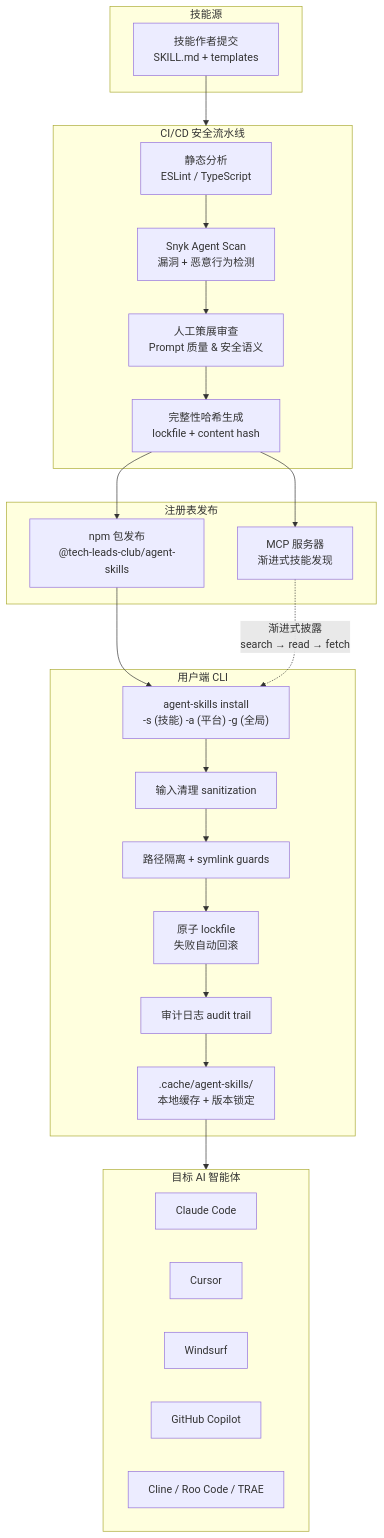
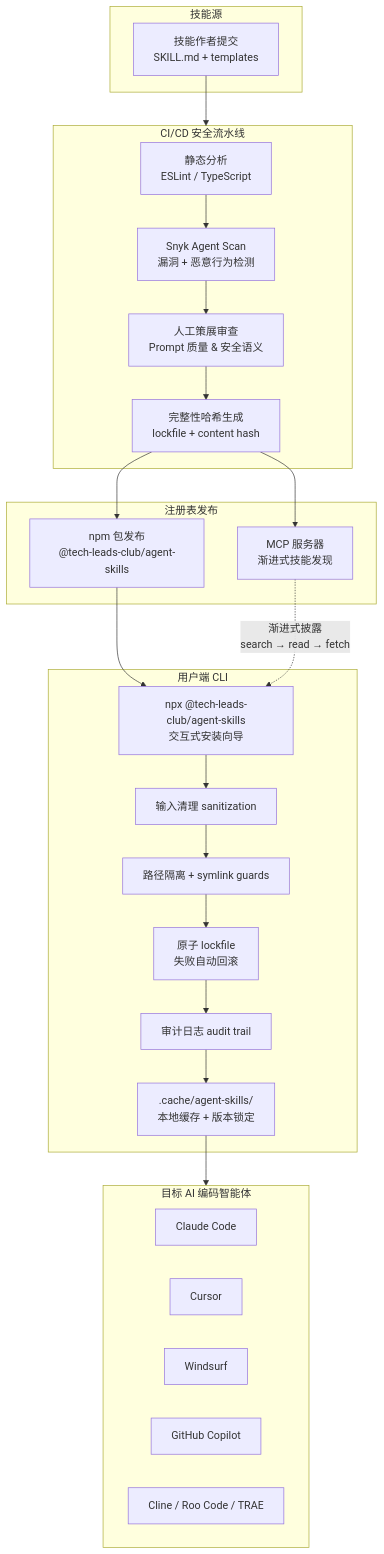
The diagram in content/posts/tech/agent-skills-secure-validated-skill-registry.md (A1pha3/text-matrix), drawn with Mermaid before and after one commit. The commit also changed other lines of this file and 21 other files, not shown here.

````diff
--- a/content/posts/tech/agent-skills-secure-validated-skill-registry.md
+++ b/content/posts/tech/agent-skills-secure-validated-skill-registry.md
@@ -20,44 +38,44 @@
 ```mermaid
 flowchart TB
     subgraph Source["技能源"]
         A["技能作者提交<br/>SKILL.md + templates"]
     end
 
     subgraph Pipeline["CI/CD 安全流水线"]
         B["静态分析<br/>ESLint / TypeScript"]
         C["Snyk Agent Scan<br/>漏洞 + 恶意行为检测"]
         D["人工策展审查<br/>Prompt 质量 & 安全语义"]
         E["完整性哈希生成<br/>lockfile + content hash"]
         B --> C --> D --> E
     end
 
     subgraph Registry["注册表发布"]
         F["npm 包发布<br/>@tech-leads-club/agent-skills"]
         G["MCP 服务器<br/>渐进式技能发现"]
     end
 
     subgraph Client["用户端 CLI"]
-        H["agent-skills install<br/>-s (技能) -a (平台) -g (全局)"]
+        H["npx @tech-leads-club/agent-skills<br/>交互式安装向导"]
         I["输入清理 sanitization"]
         J["路径隔离 + symlink guards"]
         K["原子 lockfile<br/>失败自动回滚"]
         L["审计日志 audit trail"]
         M[".cache/agent-skills/<br/>本地缓存 + 版本锁定"]
         H --> I --> J --> K --> L --> M
     end
 
-    subgraph Agents["目标 AI 智能体"]
+    subgraph Agents["目标 AI 编码智能体"]
         N["Claude Code"]
         O["Cursor"]
         P["Windsurf"]
         Q["GitHub Copilot"]
         R["Cline / Roo Code / TRAE"]
     end
 
     A --> Pipeline
     E --> F
     E --> G
     F --> H
     G -.->|"渐进式披露<br/>search → read → fetch"| H
     M --> Agents
 ```
````
